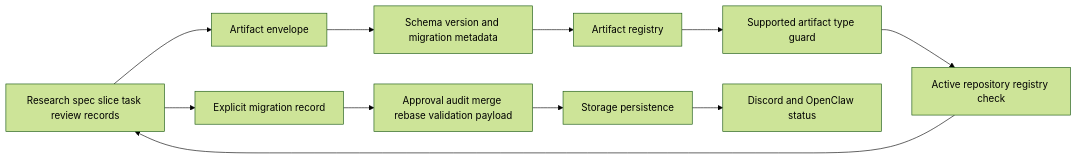
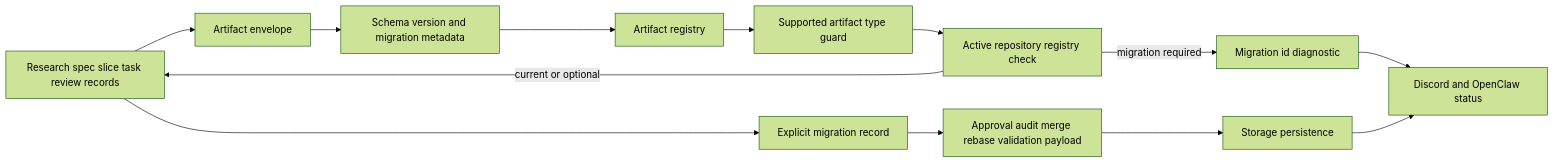
The diagram in packages/artifacts/README.md (VannaDii/ironloom), drawn with Mermaid (forest theme) before and after one commit. The commit also changed other lines of this file and 5 other files, not shown here.

````diff
--- a/packages/artifacts/README.md
+++ b/packages/artifacts/README.md
@@ -13,13 +13,15 @@
 ```mermaid
 flowchart LR
   Lifecycle[Lifecycle service] --> Envelope[Artifact envelope]
   Envelope --> Version[Schema version and migration metadata]
   Version --> Registry[Artifact registry]
   Registry --> Supported[Supported artifact type guard]
   Supported --> Active[Active repository registry check]
-  Active --> Lifecycle[Research spec slice task review records]
+  Active -->|migration required| Hint[Migration id diagnostic]
+  Active -->|current or optional| Lifecycle[Research spec slice task review records]
+  Hint --> Operator[Discord and OpenClaw status]
   Lifecycle --> Migration[Explicit migration record]
   Migration --> Payload[Approval audit merge rebase validation payload]
   Payload --> Storage[Storage persistence]
   Storage --> Operator[Discord and OpenClaw status]
 ```
````
